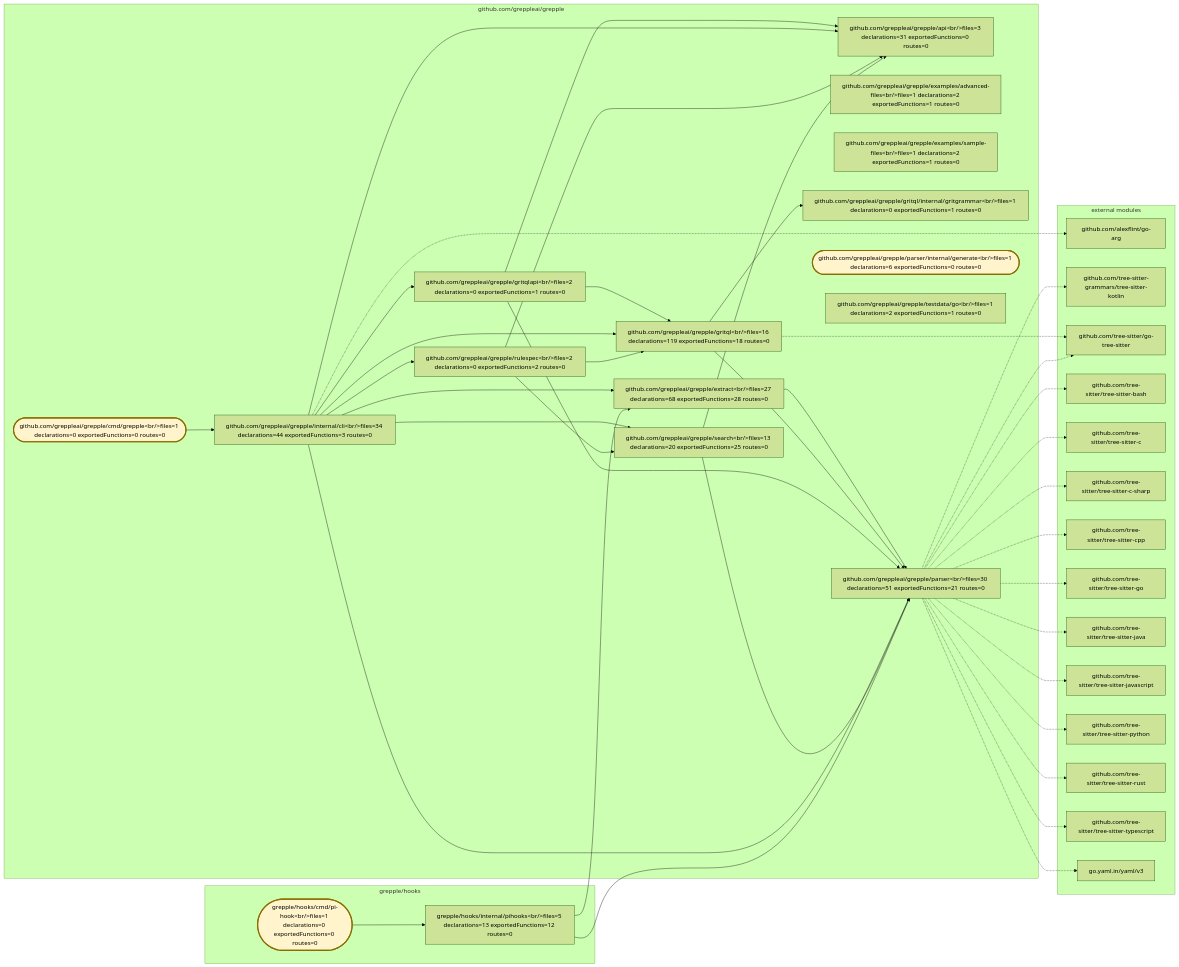
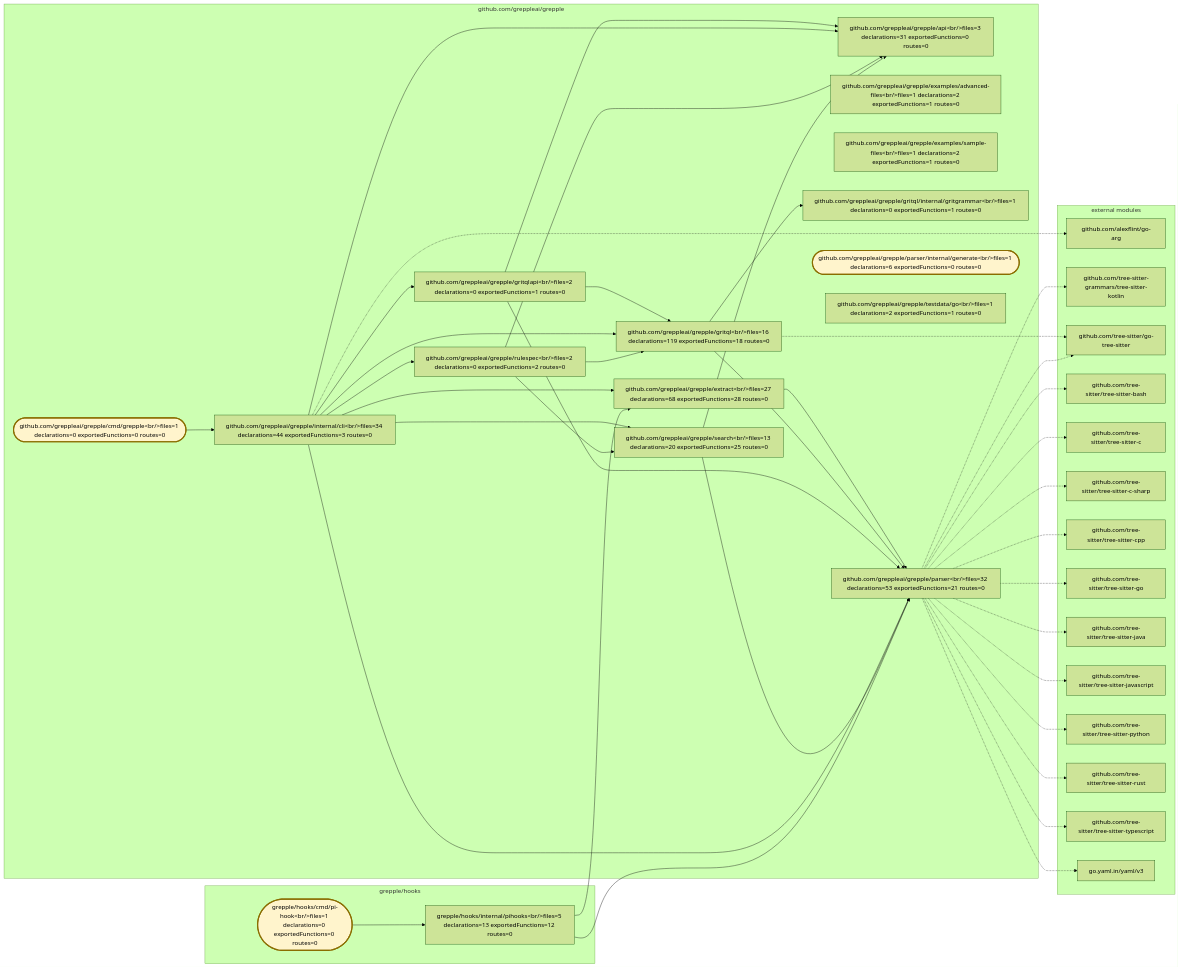
One commit to greppleai/grepple changed the diagram in .grepple/project.workspace/overview.mmd. Above: the diagram before and after it, drawn with Mermaid (forest theme). The commit also changed 24 other files, not shown here.

```diff
--- a/.grepple/project.workspace/overview.mmd
+++ b/.grepple/project.workspace/overview.mmd
@@ -1,78 +1,78 @@
 flowchart LR
     classDef entrypoint fill:#fff4cc,stroke:#8a6d00,stroke-width:3px
     subgraph module_0["github.com/greppleai/grepple"]
         package_0["github.com/greppleai/grepple/api&lt;br/&gt;files=3 declarations=31 exportedFunctions=0 routes=0"]
         package_1(["github.com/greppleai/grepple/cmd/grepple&lt;br/&gt;files=1 declarations=0 exportedFunctions=0 routes=0"])
         class package_1 entrypoint
         package_2["github.com/greppleai/grepple/examples/advanced-files&lt;br/&gt;files=1 declarations=2 exportedFunctions=1 routes=0"]
         package_3["github.com/greppleai/grepple/examples/sample-files&lt;br/&gt;files=1 declarations=2 exportedFunctions=1 routes=0"]
         package_4["github.com/greppleai/grepple/extract&lt;br/&gt;files=27 declarations=68 exportedFunctions=28 routes=0"]
         package_5["github.com/greppleai/grepple/gritql&lt;br/&gt;files=16 declarations=119 exportedFunctions=18 routes=0"]
         package_6["github.com/greppleai/grepple/gritql/internal/gritgrammar&lt;br/&gt;files=1 declarations=0 exportedFunctions=1 routes=0"]
         package_7["github.com/greppleai/grepple/gritqlapi&lt;br/&gt;files=2 declarations=0 exportedFunctions=1 routes=0"]
         package_8["github.com/greppleai/grepple/internal/cli&lt;br/&gt;files=34 declarations=44 exportedFunctions=3 routes=0"]
-        package_9["github.com/greppleai/grepple/parser&lt;br/&gt;files=30 declarations=51 exportedFunctions=21 routes=0"]
+        package_9["github.com/greppleai/grepple/parser&lt;br/&gt;files=32 declarations=53 exportedFunctions=21 routes=0"]
         package_10(["github.com/greppleai/grepple/parser/internal/generate&lt;br/&gt;files=1 declarations=6 exportedFunctions=0 routes=0"])
         class package_10 entrypoint
         package_11["github.com/greppleai/grepple/rulespec&lt;br/&gt;files=2 declarations=0 exportedFunctions=2 routes=0"]
         package_12["github.com/greppleai/grepple/search&lt;br/&gt;files=13 declarations=20 exportedFunctions=25 routes=0"]
         package_13["github.com/greppleai/grepple/testdata/go&lt;br/&gt;files=1 declarations=2 exportedFunctions=1 routes=0"]
     end
     subgraph module_1["grepple/hooks"]
         package_14(["grepple/hooks/cmd/pi-hook&lt;br/&gt;files=1 declarations=0 exportedFunctions=0 routes=0"])
         class package_14 entrypoint
         package_15["grepple/hooks/internal/pihooks&lt;br/&gt;files=5 declarations=13 exportedFunctions=12 routes=0"]
     end
     package_1 --> package_8
     package_4 --> package_9
     package_5 --> package_6
     package_5 --> package_9
     package_7 --> package_0
     package_7 --> package_5
     package_7 --> package_9
     package_8 --> package_0
     package_8 --> package_4
     package_8 --> package_5
     package_8 --> package_7
     package_8 --> package_9
     package_8 --> package_11
     package_8 --> package_12
     package_11 --> package_0
     package_11 --> package_5
     package_11 --> package_12
     package_12 --> package_0
     package_12 --> package_9
     package_14 --> package_15
     package_15 --> package_4
     package_15 --> package_9
     subgraph external_dependencies["external modules"]
         external_0["github.com/alexflint/go-arg"]
         external_1["github.com/tree-sitter-grammars/tree-sitter-kotlin"]
         external_2["github.com/tree-sitter/go-tree-sitter"]
         external_3["github.com/tree-sitter/tree-sitter-bash"]
         external_4["github.com/tree-sitter/tree-sitter-c"]
         external_5["github.com/tree-sitter/tree-sitter-c-sharp"]
         external_6["github.com/tree-sitter/tree-sitter-cpp"]
         external_7["github.com/tree-sitter/tree-sitter-go"]
         external_8["github.com/tree-sitter/tree-sitter-java"]
         external_9["github.com/tree-sitter/tree-sitter-javascript"]
         external_10["github.com/tree-sitter/tree-sitter-python"]
         external_11["github.com/tree-sitter/tree-sitter-rust"]
         external_12["github.com/tree-sitter/tree-sitter-typescript"]
         external_13["go.yaml.in/yaml/v3"]
     end
     package_8 -.-> external_0
     package_9 -.-> external_1
     package_5 -.-> external_2
     package_9 -.-> external_2
     package_9 -.-> external_3
     package_9 -.-> external_4
     package_9 -.-> external_5
     package_9 -.-> external_6
     package_9 -.-> external_7
     package_9 -.-> external_8
     package_9 -.-> external_9
     package_9 -.-> external_10
     package_9 -.-> external_11
     package_9 -.-> external_12
     package_9 -.-> external_13
```
